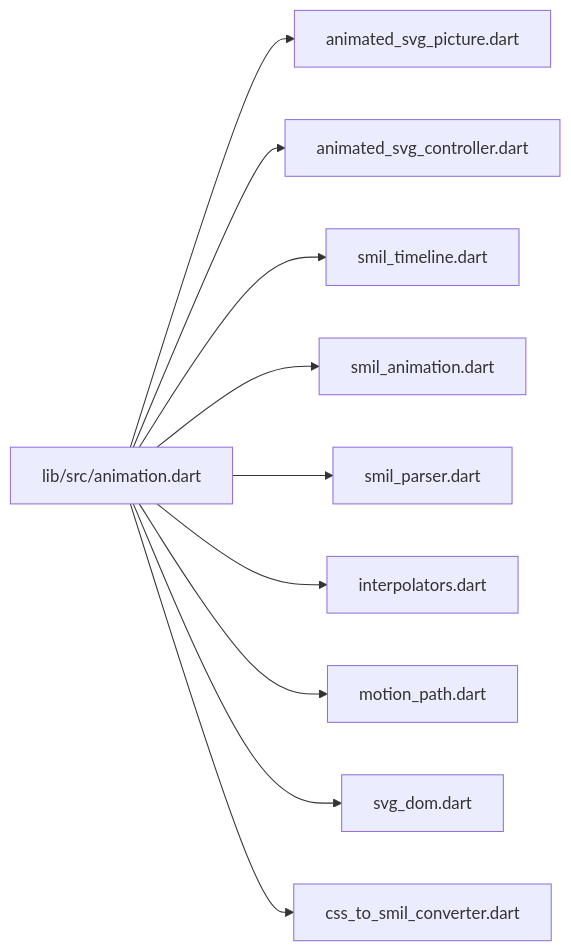
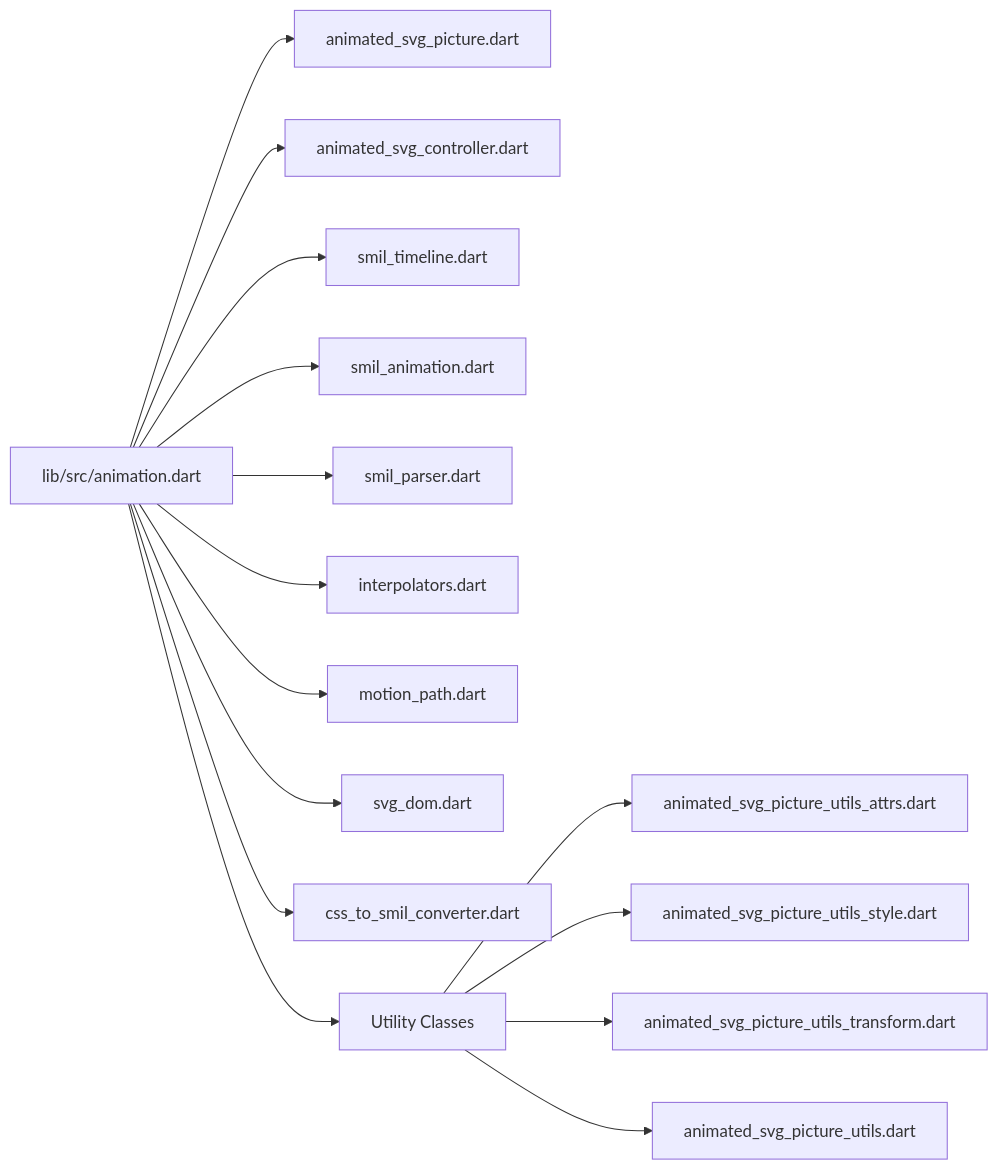
One commit to denisnadey/flutter_full_svg_support changed diagram 13 of 13 in .qoder/repowiki/en/content/Animated SVG Support/Animated SVG Support.md. Above: the diagram before and after it, drawn with Mermaid. The commit also changed other lines of this file and 58 other files, not shown here.

First line of the commit message:
docs(animated-svg): add utility classes and enhance text rendering features

````diff
--- a/.qoder/repowiki/en/content/Animated SVG Support/Animated SVG Support.md
+++ b/.qoder/repowiki/en/content/Animated SVG Support/Animated SVG Support.md
@@ -440,12 +661,17 @@
 ```mermaid
 graph LR
 Export["lib/src/animation.dart"] --> Widget["animated_svg_picture.dart"]
 Export --> Controller["animated_svg_controller.dart"]
 Export --> Timeline["smil_timeline.dart"]
 Export --> Animation["smil_animation.dart"]
 Export --> Parser["smil_parser.dart"]
 Export --> Interp["interpolators.dart"]
 Export --> Motion["motion_path.dart"]
 Export --> Dom["svg_dom.dart"]
 Export --> CssConv["css_to_smil_converter.dart"]
+Export --> Utils["Utility Classes"]
+Utils --> Attrs["animated_svg_picture_utils_attrs.dart"]
+Utils --> Style["animated_svg_picture_utils_style.dart"]
+Utils --> Transform["animated_svg_picture_utils_transform.dart"]
+Utils --> Core["animated_svg_picture_utils.dart"]
 ```
````
